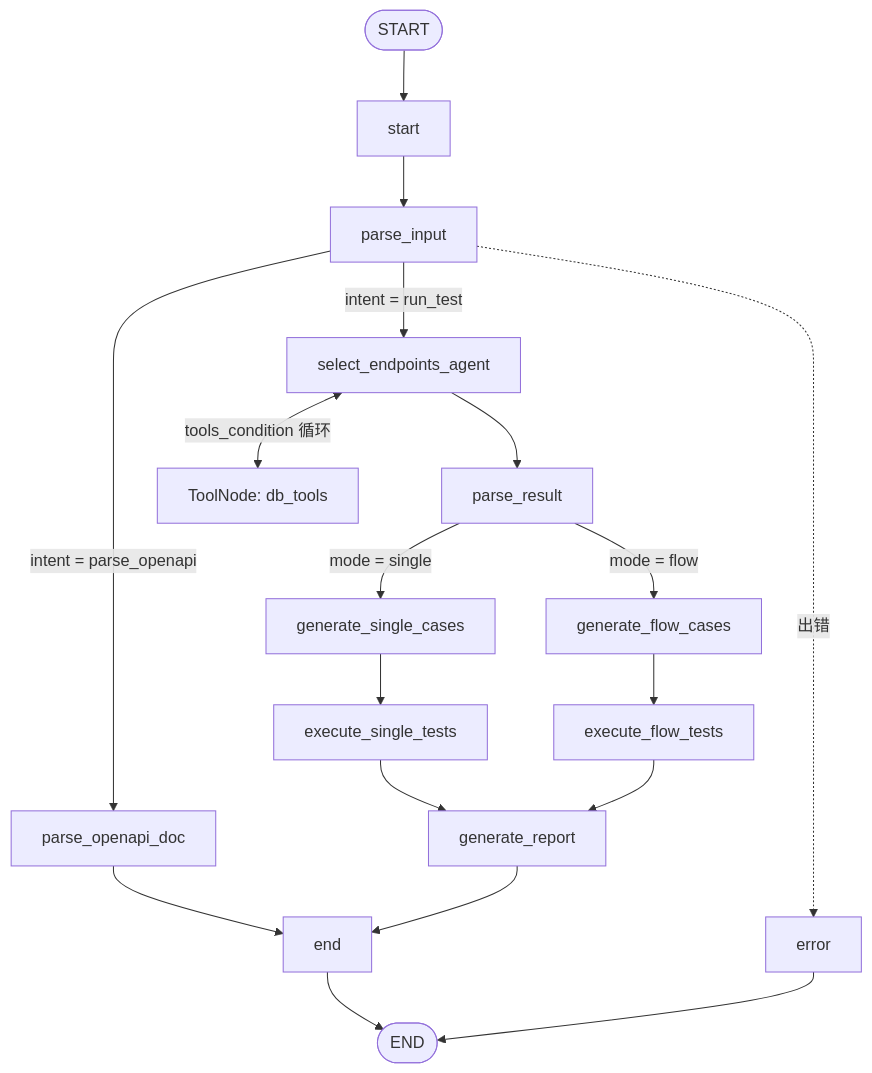
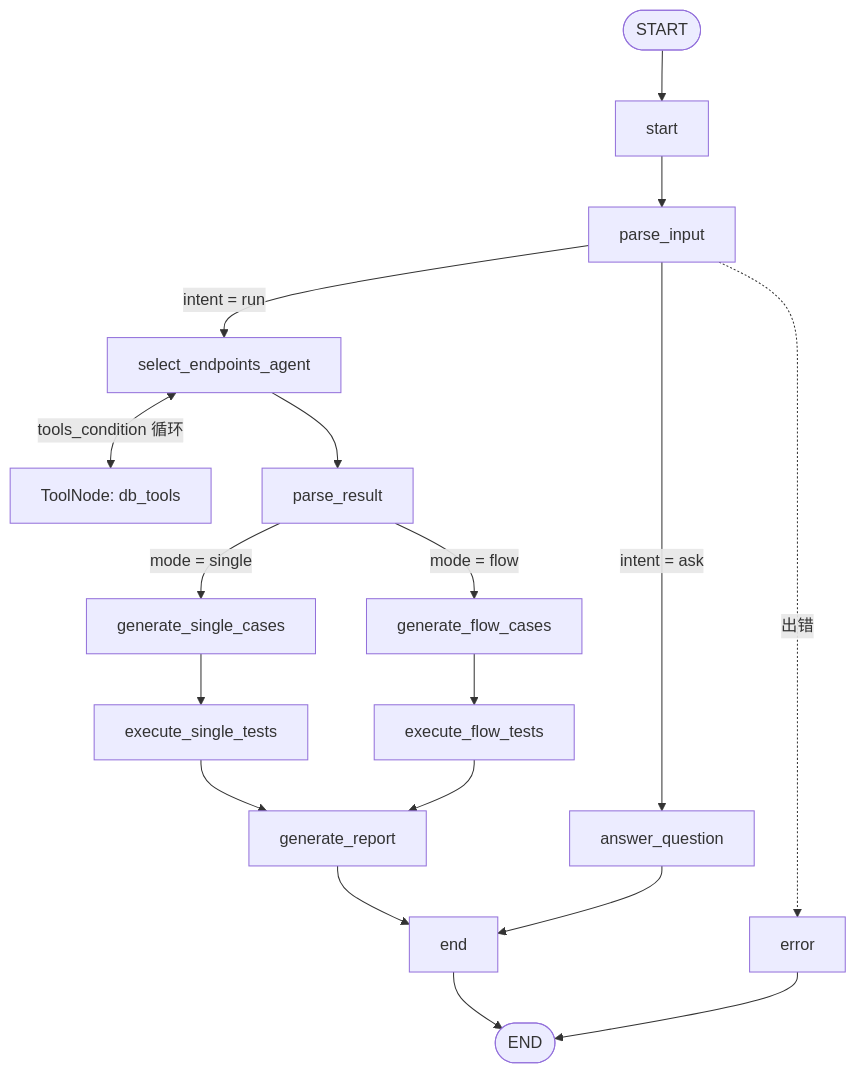
One commit to cmrhyq/LLMTestAgent changed the second of 5 diagrams in doc/design/Architecture.md. Above: the diagram before and after it, drawn with Mermaid. The commit also changed other lines of this file, not shown here.

````diff
--- a/doc/design/Architecture.md
+++ b/doc/design/Architecture.md
@@ -129,18 +130,18 @@
 ```mermaid
 flowchart TD
   START([START]) --> startNode[start]
   startNode --> parseInput[parse_input]
-  parseInput -->|"intent = parse_openapi"| parseDoc[parse_openapi_doc]
-  parseInput -->|"intent = run_test"| selectAgent[select_endpoints_agent]
+  parseInput -->|"intent = run"| selectAgent[select_endpoints_agent]
+  parseInput -->|"intent = ask"| answerNode[answer_question]
   selectAgent <-->|tools_condition 循环| toolNode[ToolNode: db_tools]
   selectAgent --> parseResult[parse_result]
   parseResult -->|"mode = single"| genSingle[generate_single_cases]
   parseResult -->|"mode = flow"| genFlow[generate_flow_cases]
   genSingle --> execSingle[execute_single_tests]
   genFlow --> execFlow[execute_flow_tests]
   execSingle --> report[generate_report]
   execFlow --> report
-  parseDoc --> endNode[end]
+  answerNode --> endNode[end]
   report --> endNode --> ENDN([END])
   parseInput -.出错.-> errorNode[error] --> ENDN
 ```
````
